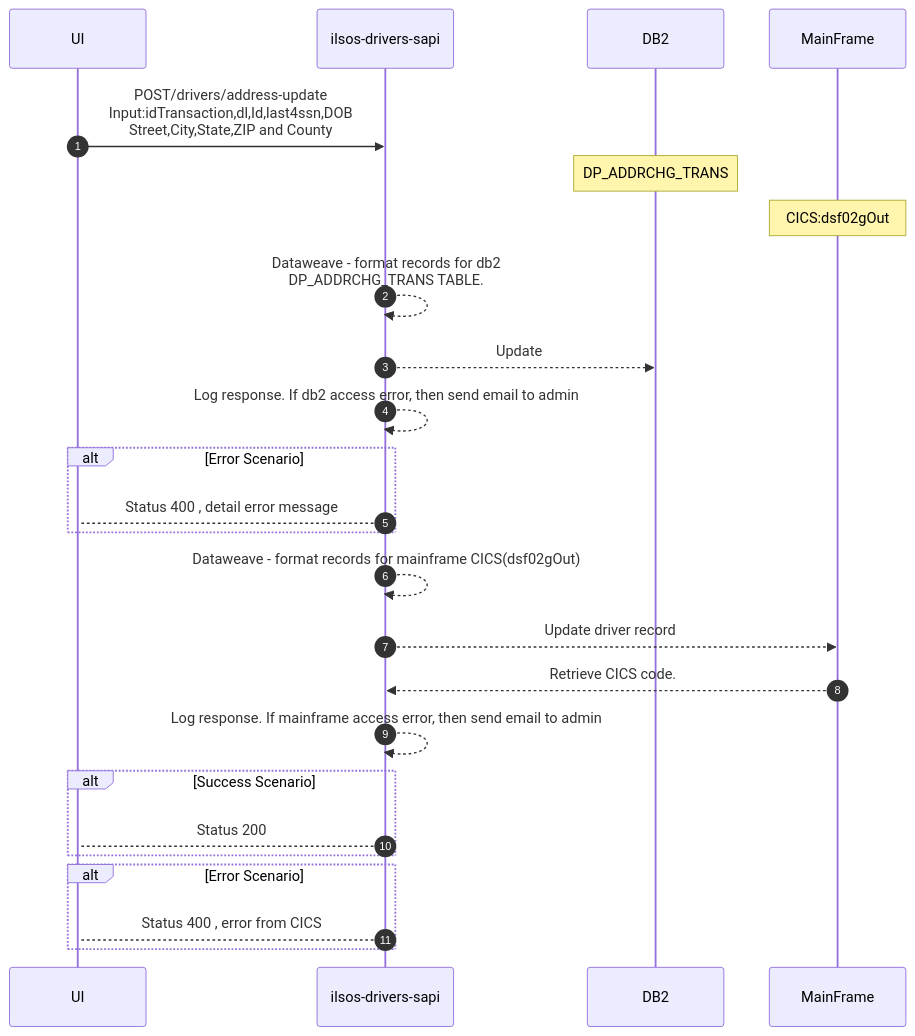
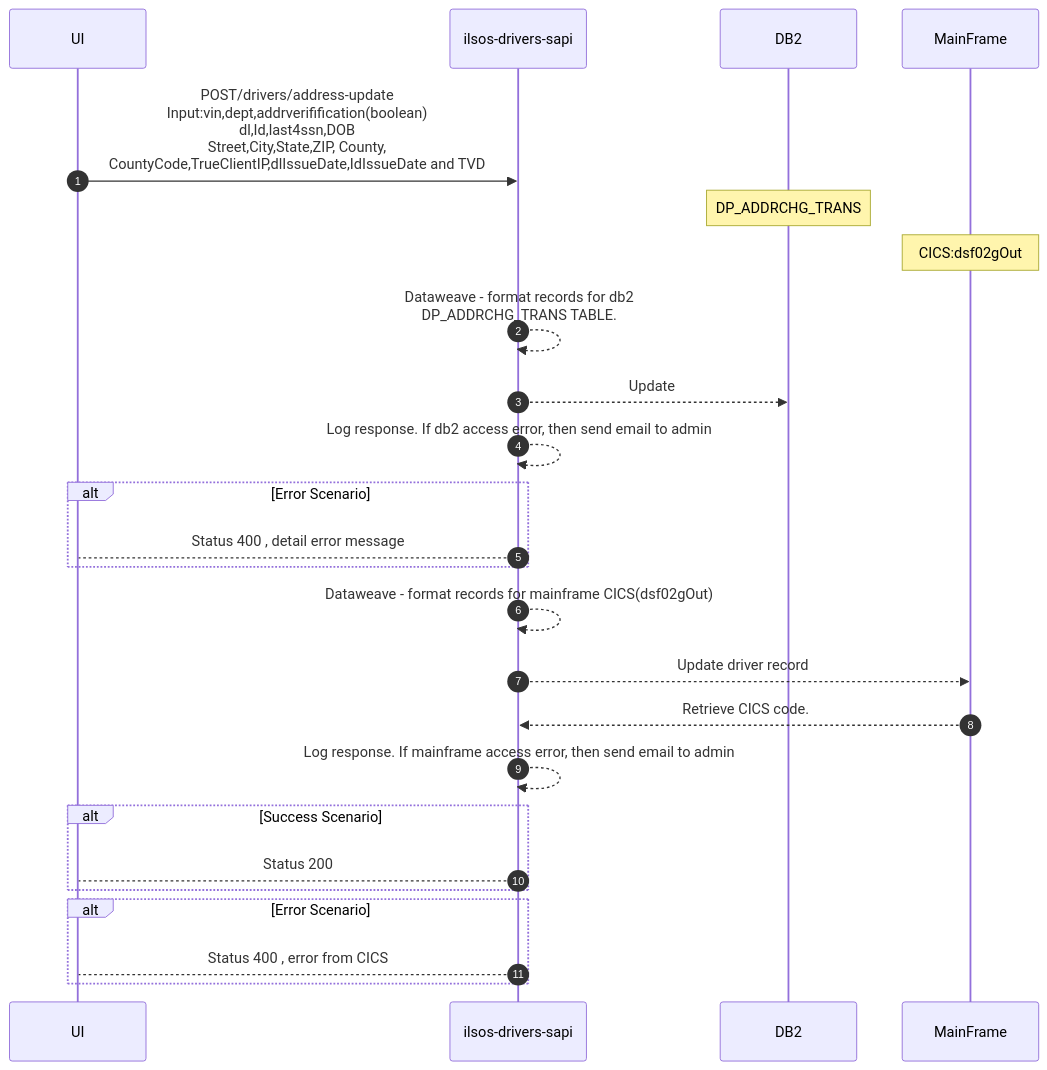
The first of 3 diagrams in README.md (acme-devs/ilsos-drivers-sapi), drawn with Mermaid before and after one commit.

````diff
--- a/README.md
+++ b/README.md
@@ -32,28 +32,28 @@
 ```mermaid
 sequenceDiagram
     autonumber
     participant ui as UI
     participant api as ilsos-drivers-sapi
     participant db2 as DB2
     participant mainframe as MainFrame
 
-    ui->>api:POST/drivers/address-update <br>Input:idTransaction,dl,Id,last4ssn,DOB<br>Street,City,State,ZIP and County
+    ui->>api:POST/drivers/address-update <br>Input:vin,dept,addrverifification(boolean)<br>dl,Id,last4ssn,DOB<br>Street,City,State,ZIP, County,<br>CountyCode,TrueClientIP,dlIssueDate,IdIssueDate and TVD
     note over db2:DP_ADDRCHG_TRANS
     note over mainframe:CICS:dsf02gOut
     api-->>api:Dataweave - format records for db2<BR> DP_ADDRCHG_TRANS TABLE.
     api-->>db2:Update
     api-->>api:Log response. If db2 access error, then send email to admin
     alt Error Scenario 
         api-->ui: Status 400 , detail error message
     end
     api-->>api:Dataweave - format records for mainframe CICS(dsf02gOut)
     api-->>mainframe:Update driver record
     mainframe-->>api:Retrieve CICS code.
     api-->>api:Log response. If mainframe access error, then send email to admin
     alt Success Scenario 
         api-->ui: Status 200 
     end
     alt Error Scenario 
         api-->ui: Status 400 , error from CICS
     end
   ```
````
